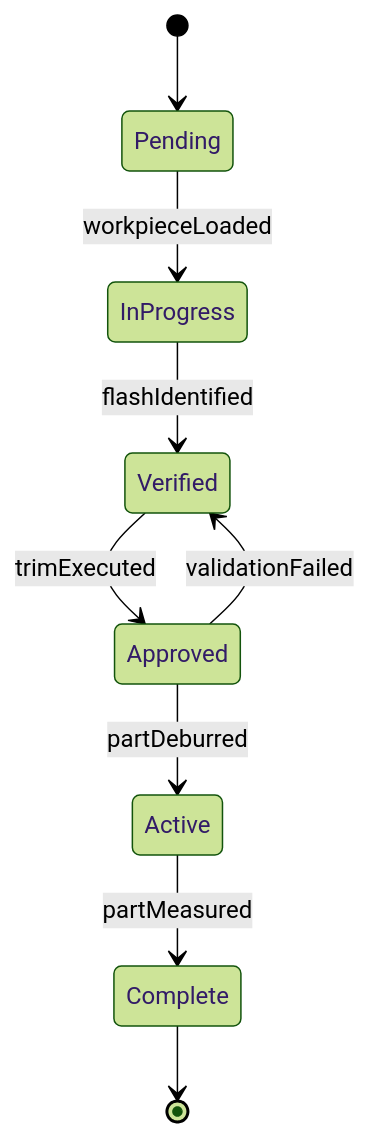
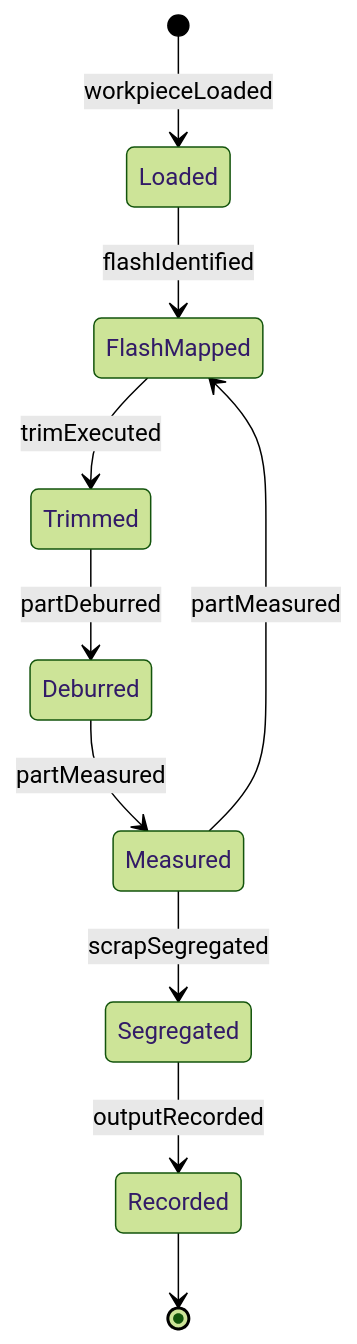
One commit to dot-org-ai/tasks.org.ai changed the second of 4 diagrams in HandlingAndMovingObjects/CutMaterials/TrimExcessMaterialWorkpieces.mdx. Above: the diagram before and after it, drawn with Mermaid (forest theme). The commit also changed other lines of this file and 515 other files, not shown here.

````diff
--- a/HandlingAndMovingObjects/CutMaterials/TrimExcessMaterialWorkpieces.mdx
+++ b/HandlingAndMovingObjects/CutMaterials/TrimExcessMaterialWorkpieces.mdx
@@ -98,11 +99,12 @@
 ```mermaid
 stateDiagram-v2
-    [*] --> Pending
-    Pending --> InProgress : workpieceLoaded
-    InProgress --> Verified : flashIdentified
-    Verified --> Approved : trimExecuted
-    Approved --> Active : partDeburred
-    Active --> Complete : partMeasured
-    Approved --> Verified : validationFailed
-    Complete --> [*]
+    [*] --> Loaded : workpieceLoaded
+    Loaded --> FlashMapped : flashIdentified
+    FlashMapped --> Trimmed : trimExecuted
+    Trimmed --> Deburred : partDeburred
+    Deburred --> Measured : partMeasured
+    Measured --> Segregated : scrapSegregated
+    Segregated --> Recorded : outputRecorded
+    Measured --> FlashMapped : partMeasured
+    Recorded --> [*]
 ```
````
